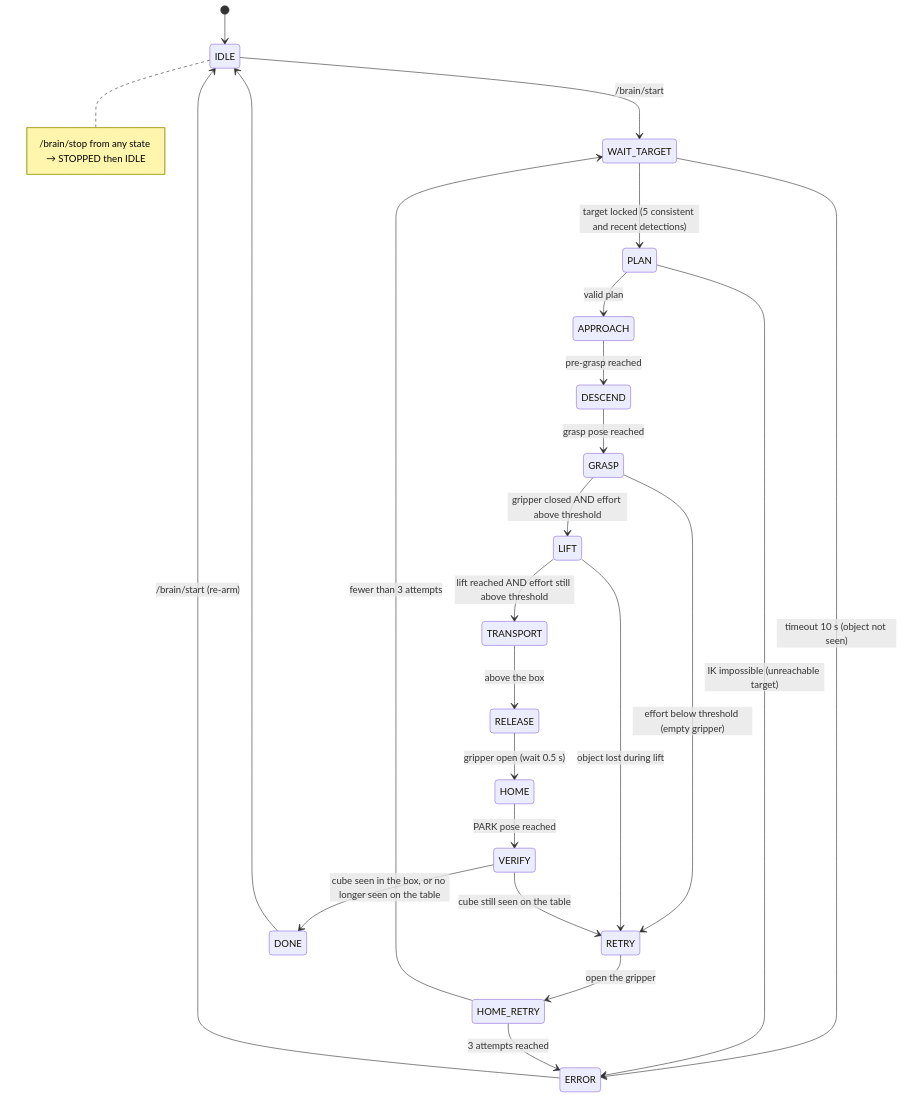
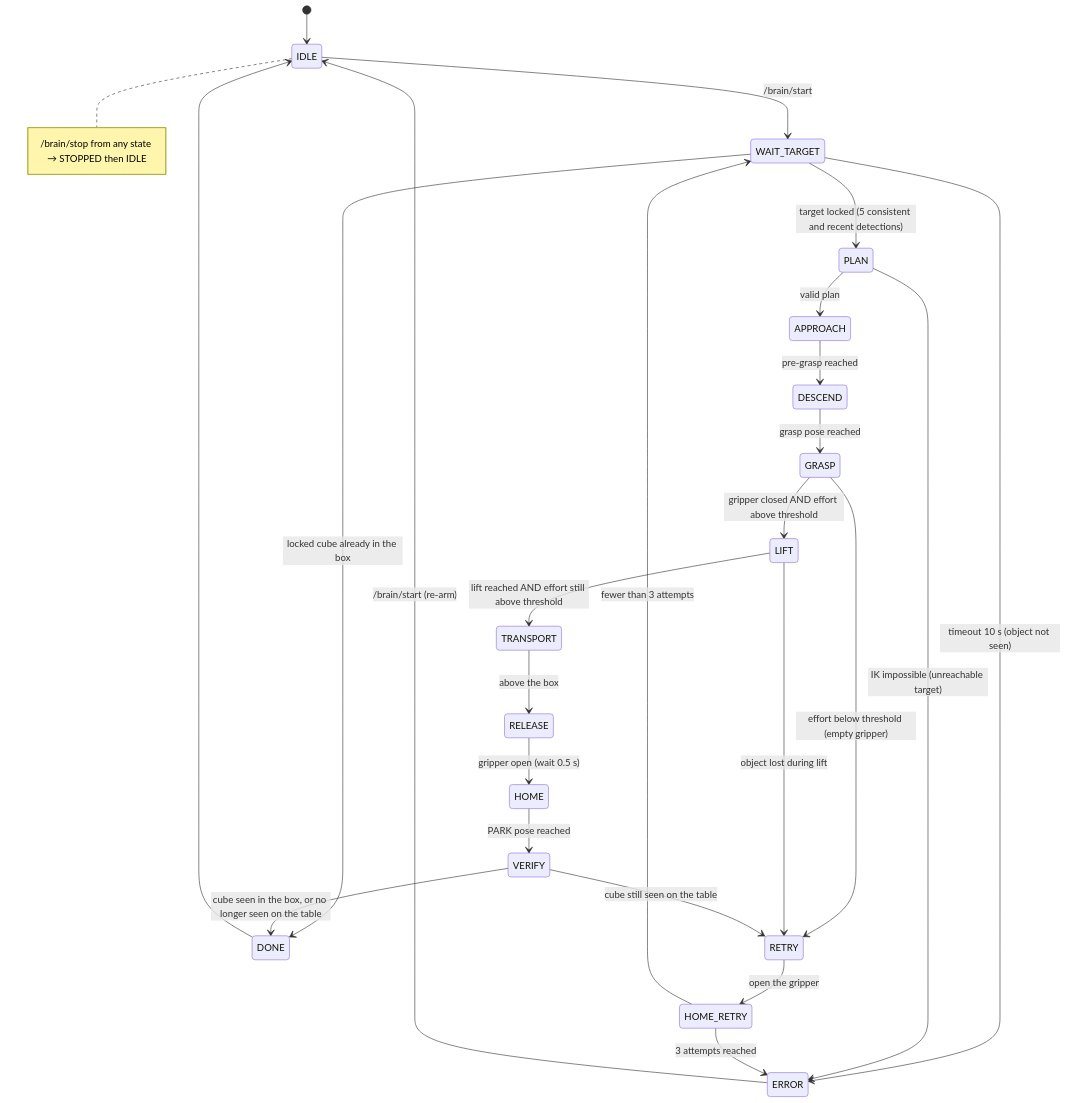
The first of 2 diagrams in docs/project/06_brain_state_machine.md (FoxaxeWasTaken/Robotics), drawn with Mermaid before and after one commit. The commit also changed other lines of this file and 9 other files, not shown here.

First line of the commit message:
fix(brain): no IK solution folds the arm onto itself, no grasp of a cube already in the box (#150)

````diff
--- a/docs/project/06_brain_state_machine.md
+++ b/docs/project/06_brain_state_machine.md
@@ -29,26 +29,27 @@
 ```mermaid
 stateDiagram-v2
   [*] --> IDLE
   IDLE --> WAIT_TARGET: /brain/start
   WAIT_TARGET --> PLAN: target locked (5 consistent and recent detections)
+  WAIT_TARGET --> DONE: locked cube already in the box
   WAIT_TARGET --> ERROR: timeout 10 s (object not seen)
   PLAN --> APPROACH: valid plan
   PLAN --> ERROR: IK impossible (unreachable target)
   APPROACH --> DESCEND: pre-grasp reached
   DESCEND --> GRASP: grasp pose reached
   GRASP --> LIFT: gripper closed AND effort above threshold
   GRASP --> RETRY: effort below threshold (empty gripper)
   LIFT --> TRANSPORT: lift reached AND effort still above threshold
   LIFT --> RETRY: object lost during lift
   TRANSPORT --> RELEASE: above the box
   RELEASE --> HOME: gripper open (wait 0.5 s)
   HOME --> VERIFY: PARK pose reached
   VERIFY --> DONE: cube seen in the box, or no longer seen on the table
   VERIFY --> RETRY: cube still seen on the table
   RETRY --> HOME_RETRY: open the gripper
   HOME_RETRY --> WAIT_TARGET: fewer than 3 attempts
   HOME_RETRY --> ERROR: 3 attempts reached
   DONE --> IDLE
   ERROR --> IDLE: /brain/start (re-arm)
   note right of IDLE : /brain/stop from any state → STOPPED then IDLE
 ```
````
